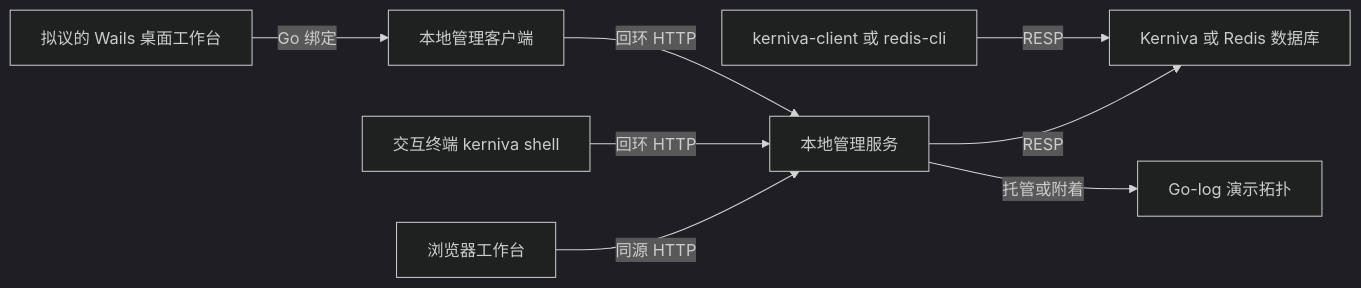
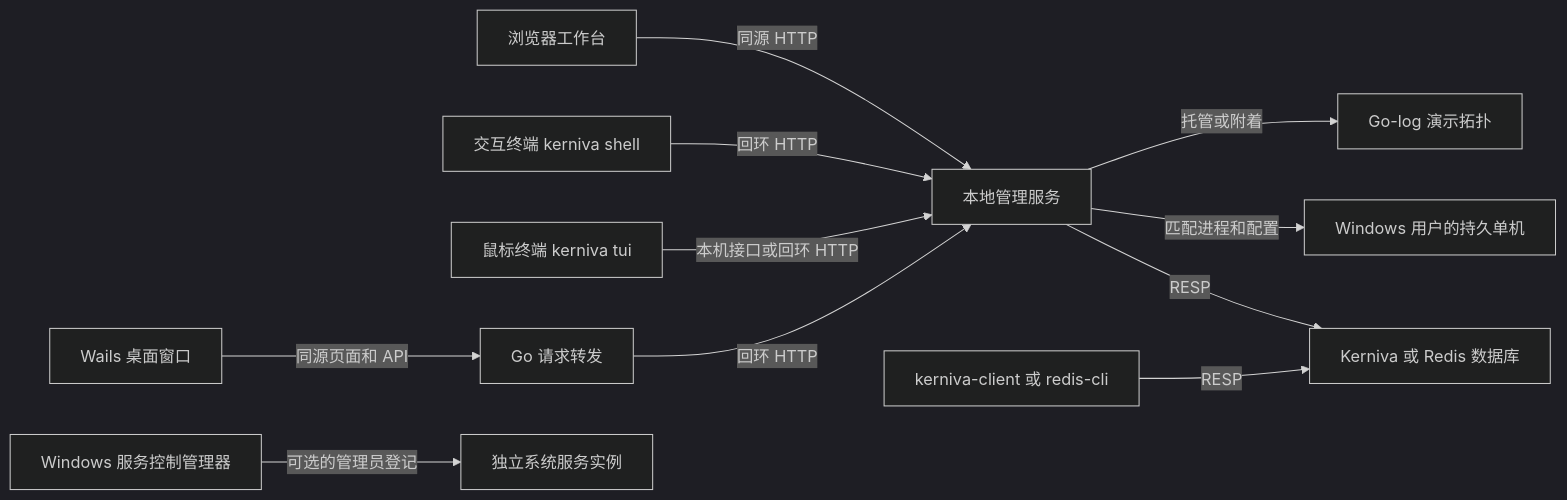
The diagram in docs/architecture/adr-0004-desktop-workbench.md (TZJ-BYTE/Kerniva-Engine), drawn with Mermaid (dark theme) before and after one commit. The commit also changed other lines of this file and 4 other files, not shown here.

```diff
--- a/docs/architecture/adr-0004-desktop-workbench.md
+++ b/docs/architecture/adr-0004-desktop-workbench.md
@@ -23,10 +23,13 @@
 ~~~mermaid
 flowchart LR
     B[浏览器工作台] -->|同源 HTTP| M[本地管理服务]
     S[交互终端 kerniva shell] -->|回环 HTTP| M
-    D[拟议的 Wails 桌面工作台] -->|Go 绑定| C[本地管理客户端]
+    U[鼠标终端 kerniva tui] -->|本机接口或回环 HTTP| M
+    D[Wails 桌面窗口] -->|同源页面和 API| C[Go 请求转发]
     C -->|回环 HTTP| M
     M -->|RESP| P[Kerniva 或 Redis 数据库]
+    M -->|匹配进程和配置| L[Windows 用户的持久单机]
+    SCM[Windows 服务控制管理器] -->|可选的管理员登记| W[独立系统服务实例]
     M -->|托管或附着| R[Go-log 演示拓扑]
     T[kerniva-client 或 redis-cli] -->|RESP| P
 ~~~
```
